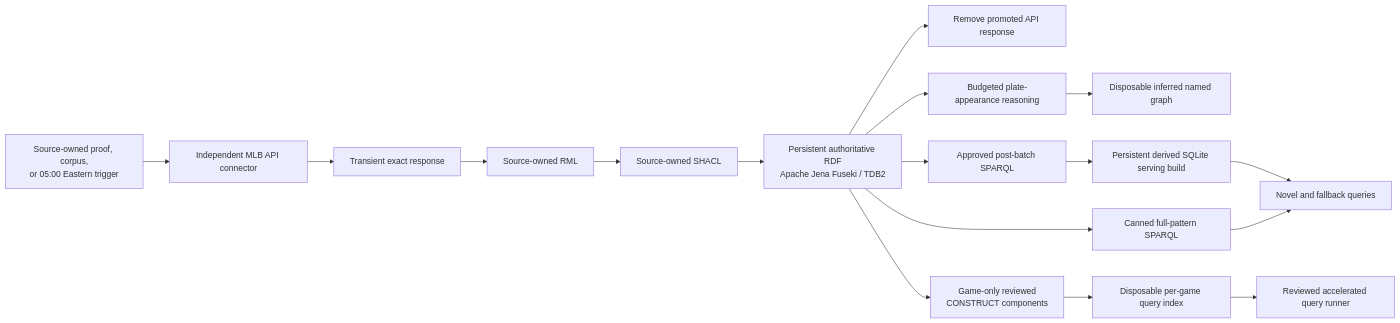
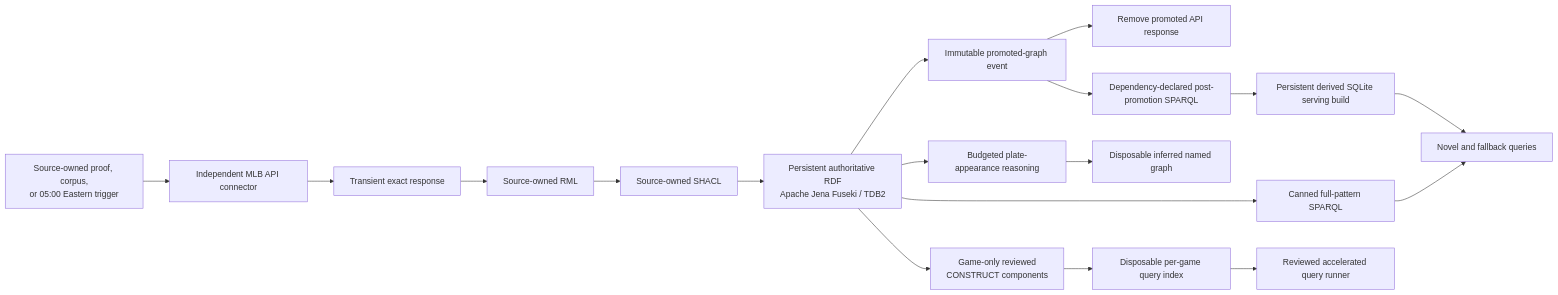
Before and after one commit to CarterBeauBenson/BaseballO: the diagram in Baseball/README.md, drawn with Mermaid. The commit also changed other lines of this file and 133 other files, not shown here.

````diff
--- a/Baseball/README.md
+++ b/Baseball/README.md
@@ -21,19 +21,20 @@
 ```mermaid
 flowchart LR
     TRIGGER[Source-owned proof, corpus,<br/>or 05:00 Eastern trigger] --> API[Independent MLB API connector]
     API --> TRANSIENT[Transient exact response]
     TRANSIENT --> RML[Source-owned RML]
     RML --> SHACL[Source-owned SHACL]
     SHACL --> FUSEKI[Persistent authoritative RDF<br/>Apache Jena Fuseki / TDB2]
-    FUSEKI --> CLEAN[Remove promoted API response]
+    FUSEKI --> EVENT[Immutable promoted-graph event]
+    EVENT --> CLEAN[Remove promoted API response]
     FUSEKI --> REASON[Budgeted plate-appearance reasoning]
     REASON --> INFERRED[Disposable inferred named graph]
     FUSEKI --> SPARQL[Canned full-pattern SPARQL]
     FUSEKI --> CONSTRUCT[Game-only reviewed<br/>CONSTRUCT components]
     CONSTRUCT --> INDEX[Disposable per-game query index]
     INDEX --> FAST[Reviewed accelerated query runner]
-    FUSEKI --> MATERIALIZE[Approved post-batch SPARQL]
+    EVENT --> MATERIALIZE[Dependency-declared post-promotion SPARQL]
     MATERIALIZE --> SQL[Persistent derived SQLite serving build]
     SQL --> WEB[Admitted Explorer analytics]
     SPARQL --> WEB[Novel and fallback queries]
 ```
````
